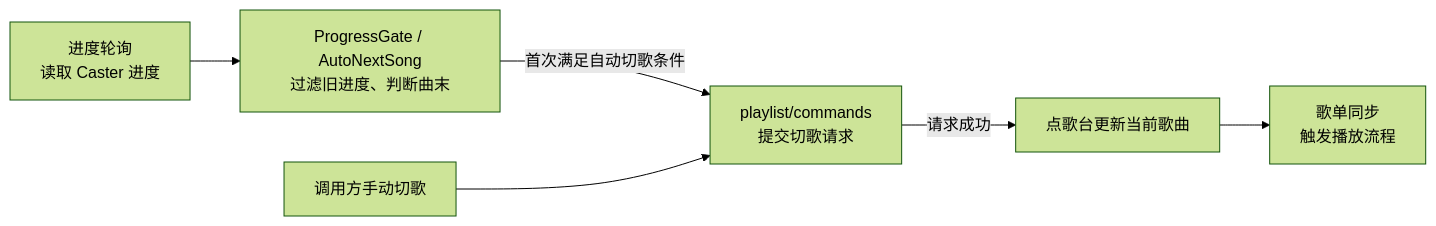
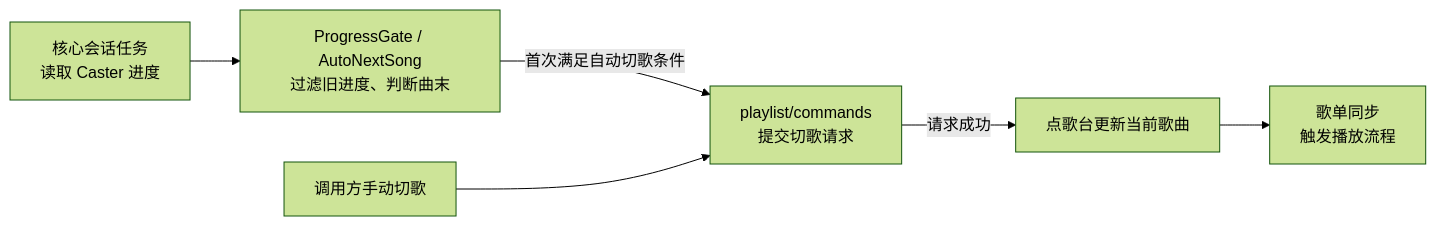
Before and after one commit to KARAOKE-MASTER-ZJU/karamas: the second of 3 diagrams in crates/casting-core/DEVELOP.md, drawn with Mermaid (forest theme). The commit also changed other lines of this file and 14 other files, not shown here.

````diff
--- a/crates/casting-core/DEVELOP.md
+++ b/crates/casting-core/DEVELOP.md
@@ -42,15 +42,15 @@
 ```mermaid
 flowchart LR
-    poll["进度轮询<br/>读取 Caster 进度"]
+    poll["核心会话任务<br/>读取 Caster 进度"]
     gate["ProgressGate / AutoNextSong<br/>过滤旧进度、判断曲末"]
     manual["调用方手动切歌"]
     command["playlist/commands<br/>提交切歌请求"]
     room["点歌台更新当前歌曲"]
     sync["歌单同步<br/>触发播放流程"]
 
     poll --> gate
     gate -->|首次满足自动切歌条件| command
     manual --> command
     command -->|请求成功| room
     room --> sync
 ```
````
